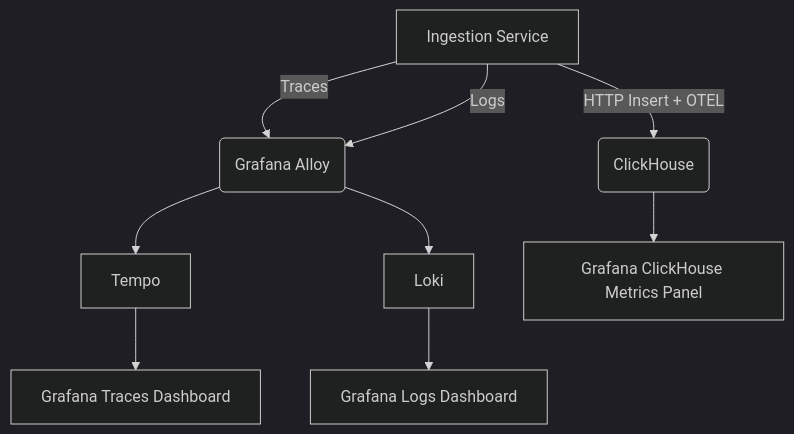
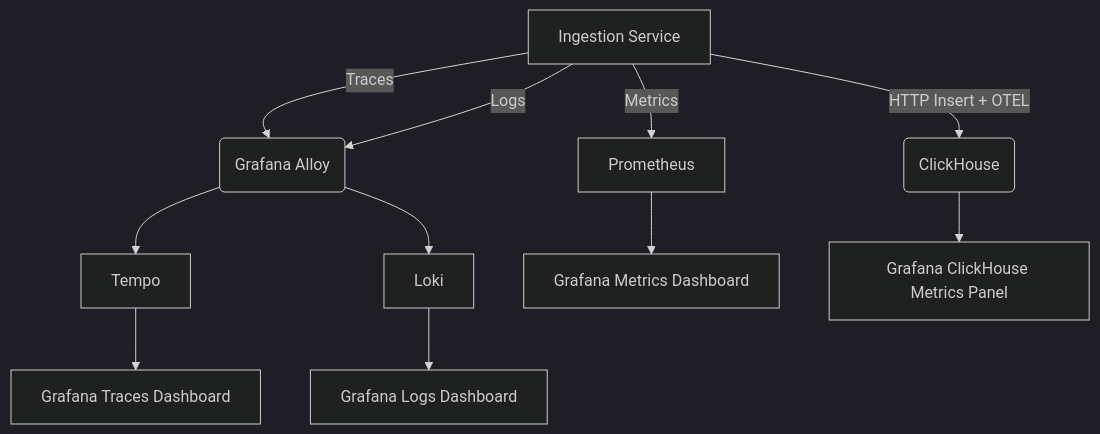
The diagram in README.md (florita1/clickhouse-observability-platform), drawn with Mermaid (dark theme) before and after one commit. The commit also changed other lines of this file, not shown here.

Commit message:
add prometheus to data flow diagram

````diff
--- a/README.md
+++ b/README.md
@@ -317,11 +317,13 @@
 ```mermaid
 graph TD
 A[Ingestion Service] -->|HTTP Insert + OTEL| B(ClickHouse)
 A -->|Traces| C(Grafana Alloy)
 A -->|Logs| C
 C --> D[Tempo]
 C --> E[Loki]
-E --> F[Grafana Logs Dashboard]
-D --> G[Grafana Traces Dashboard]
-B --> H[Grafana ClickHouse Metrics Panel]
+A -->|Metrics| F[Prometheus]
+F --> G[Grafana Metrics Dashboard]
+E --> H[Grafana Logs Dashboard]
+D --> I[Grafana Traces Dashboard]
+B --> J[Grafana ClickHouse Metrics Panel]
 ```
````
